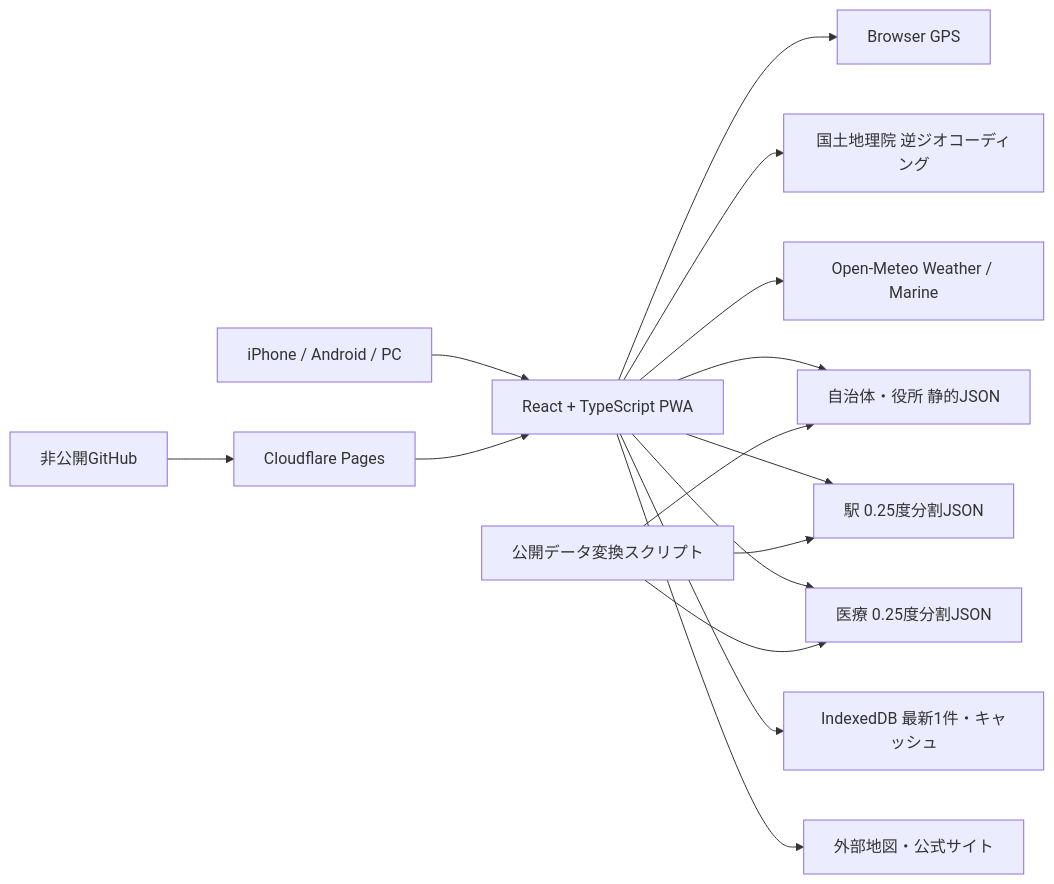
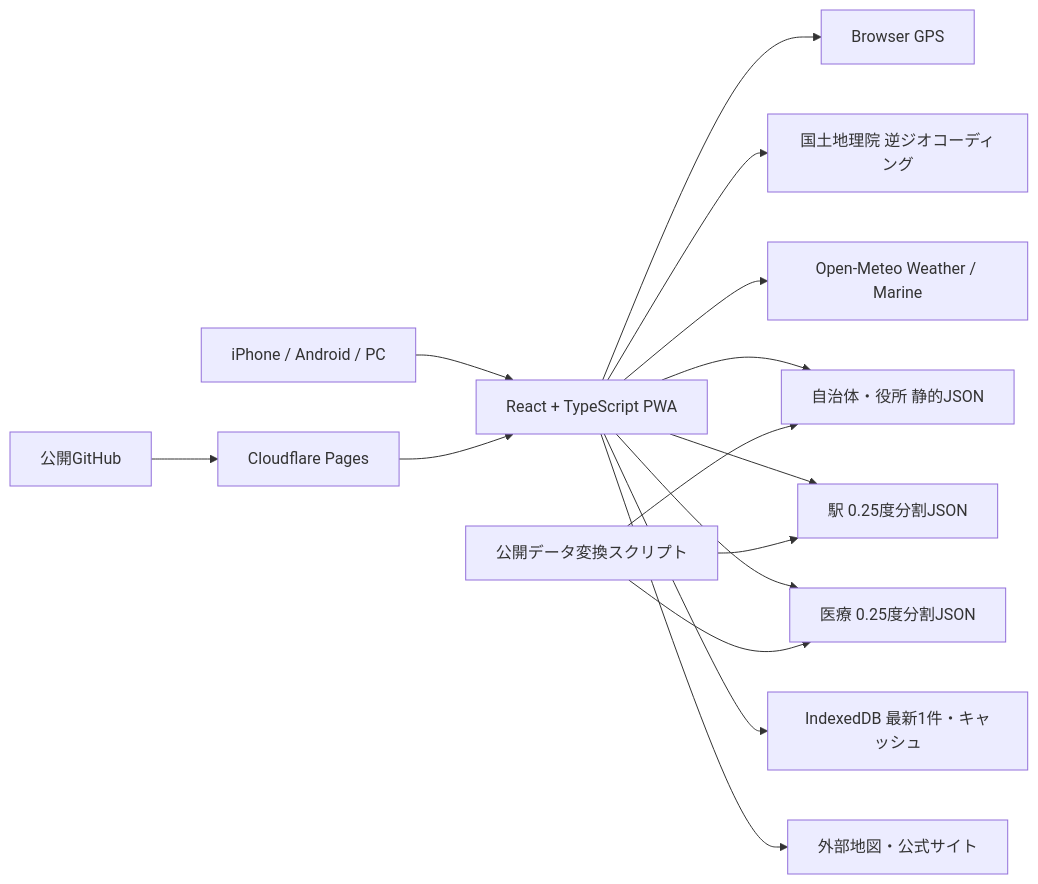
The diagram in 基本設計サマリ.md (gerupon-lgtm/imacoco), drawn with Mermaid before and after one commit. The commit also changed other lines of this file and 1449 other files, not shown here.

````diff
--- a/基本設計サマリ.md
+++ b/基本設計サマリ.md
@@ -23,17 +23,17 @@
 ```mermaid
 flowchart LR
     U["iPhone / Android / PC"] --> A["React + TypeScript PWA"]
     A --> B["Browser GPS"]
     A --> C["国土地理院 逆ジオコーディング"]
     A --> D["Open-Meteo Weather / Marine"]
     A --> E["自治体・役所 静的JSON"]
     A --> F["駅 0.25度分割JSON"]
     A --> G["医療 0.25度分割JSON"]
     A --> H["IndexedDB 最新1件・キャッシュ"]
     A --> L["外部地図・公式サイト"]
     I["公開データ変換スクリプト"] --> E
     I --> F
     I --> G
-    J["非公開GitHub"] --> K["Cloudflare Pages"]
+    J["公開GitHub"] --> K["Cloudflare Pages"]
     K --> A
 ```
````
